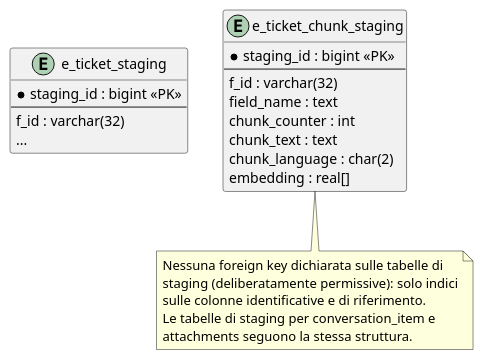
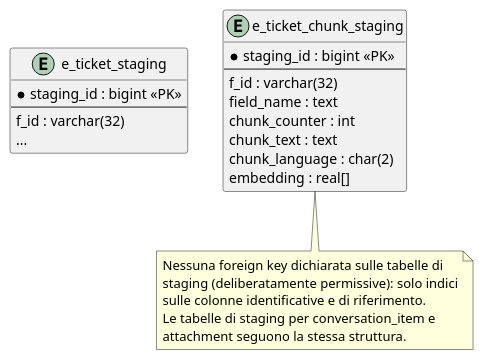
Before and after one commit to genos36/tesiTriennale: the diagram in images/puml/staging_area.puml, drawn with PlantUML. The commit also changed 94 other files, not shown here.

```diff
--- a/images/puml/staging_area.puml
+++ b/images/puml/staging_area.puml
@@ -1,31 +1,31 @@
 @startuml staging_area
 ' ============================
 ' STAGING AREA (rappresentativa, mostrata per ticket)
 ' ============================
 entity "e_ticket_staging" as e_ticket_staging {
   * staging_id : bigint <<PK>>
   --
   f_id : varchar(32)
   ...
 }
 
 entity "e_ticket_chunk_staging" as e_ticket_chunk_staging {
   * staging_id : bigint <<PK>>
   --
   f_id : varchar(32)
   field_name : text
   chunk_counter : int
   chunk_text : text
   chunk_language : char(2)
   embedding : real[]
 }
 
 note bottom of e_ticket_chunk_staging
   Nessuna foreign key dichiarata sulle tabelle di
   staging (deliberatamente permissive): solo indici
   sulle colonne identificative e di riferimento.
   Le tabelle di staging per conversation_item e
-  attachments seguono la stessa struttura.
+  attachment seguono la stessa struttura.
 end note
 
 @enduml
```
